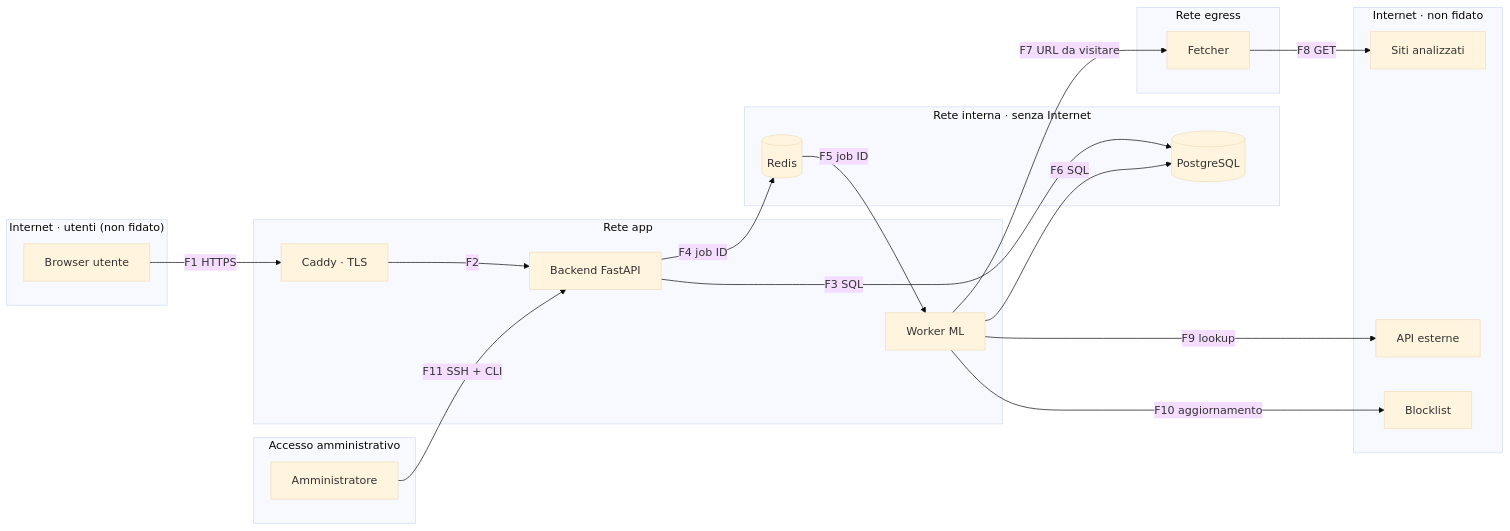
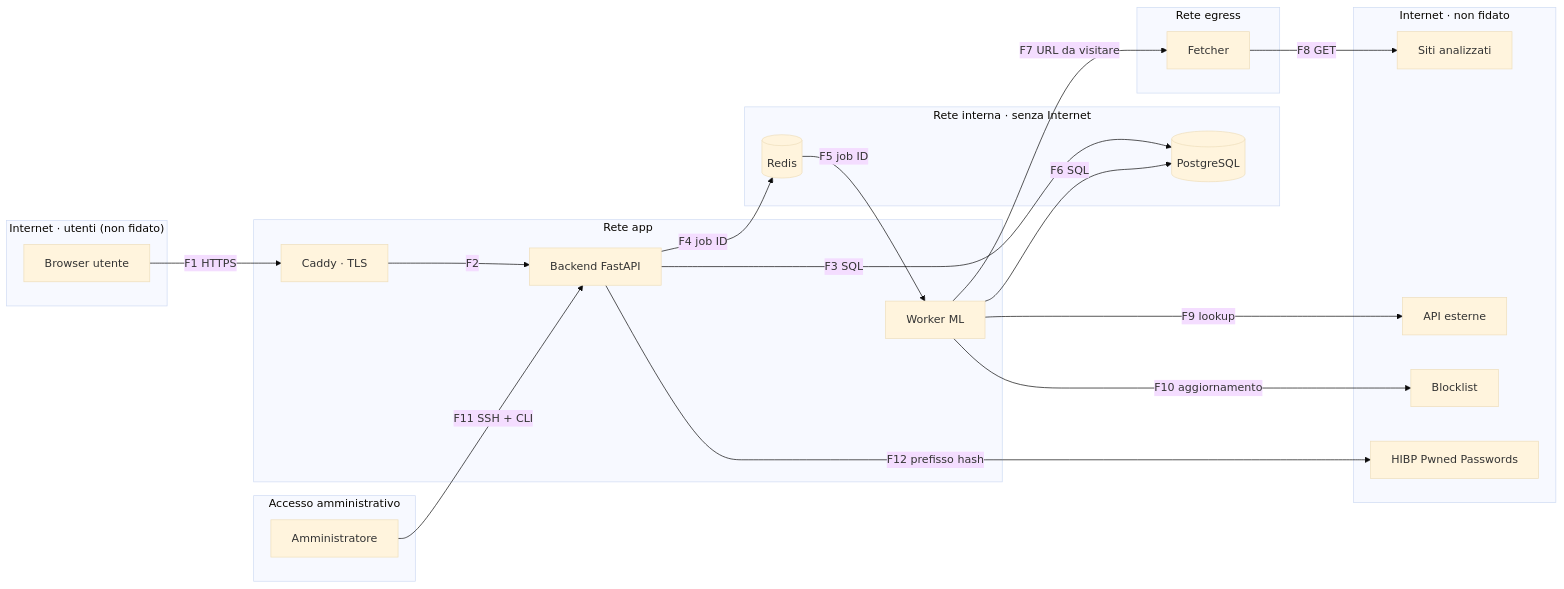
One commit to Tommaso2022/phishlens changed the diagram in docs/threat-model.md. Above: the diagram before and after it, drawn with Mermaid (base theme). The commit also changed other lines of this file and 2 other files, not shown here.

Commit message:
Sessioni: requisiti ASVS V7 e regole di scadenza

````diff
--- a/docs/threat-model.md
+++ b/docs/threat-model.md
@@ -54,38 +54,40 @@
 ```mermaid
 flowchart LR
   subgraph Z1["Internet · utenti (non fidato)"]
     U[Browser utente]
   end
   subgraph Z6["Accesso amministrativo"]
     A[Amministratore]
   end
   subgraph Z2["Rete app"]
     C[Caddy · TLS]
     B[Backend FastAPI]
     W[Worker ML]
   end
   subgraph Z3["Rete interna · senza Internet"]
     DB[(PostgreSQL)]
     R[(Redis)]
   end
   subgraph Z4["Rete egress"]
     F[Fetcher]
   end
   subgraph Z5["Internet · non fidato"]
     S[Siti analizzati]
     API[API esterne]
     BL[Blocklist]
+    HIBP[HIBP Pwned Passwords]
+    B -- "F12 prefisso hash" --> HIBP
   end
 
   U -- "F1 HTTPS" --> C
   C -- "F2" --> B
   B -- "F3 SQL" --> DB
   B -- "F4 job ID" --> R
   R -- "F5 job ID" --> W
   W -- "F6 SQL" --> DB
   W -- "F7 URL da visitare" --> F
   F -- "F8 GET" --> S
   W -- "F9 lookup" --> API
   W -- "F10 aggiornamento" --> BL
   A -- "F11 SSH + CLI" --> B
 ```
````
